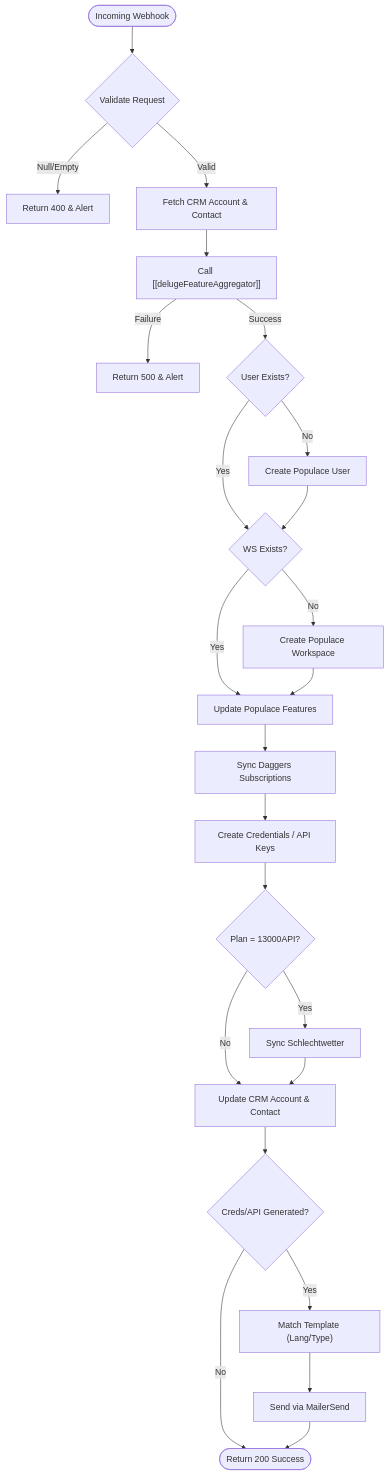
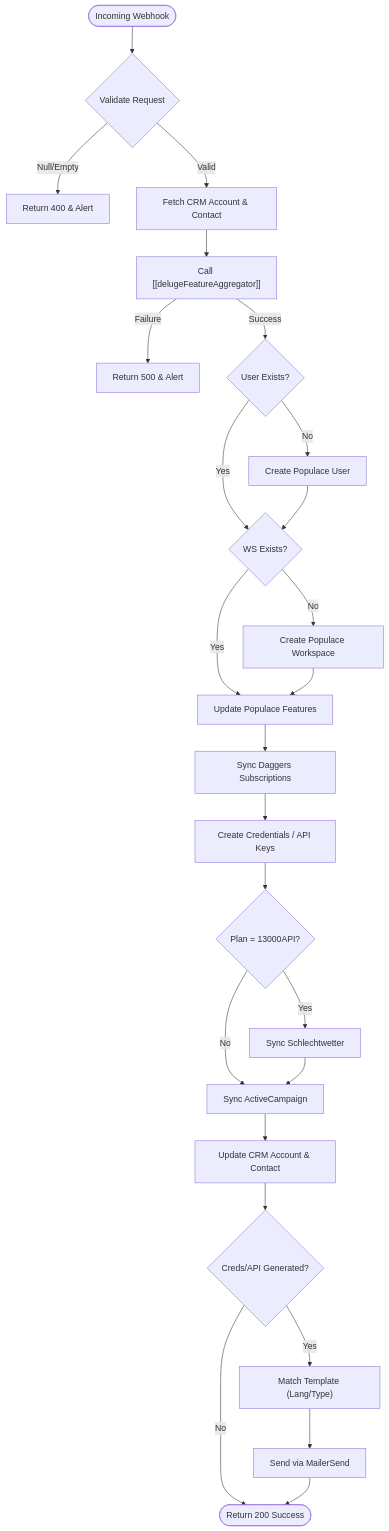
The diagram in Environment Lifecycle/Create/Workspace and Permissions Handler/delugeWorkspaceAndPermissionsHandler.md (martinkp93/zoho-scripts), drawn with Mermaid before and after one commit. The commit also changed other lines of this file, not shown here.

Commit message:
Update delugeWorkspaceAndPermissionsHandler.md docs via DeluluDocu

````diff
--- a/Environment Lifecycle/Create/Workspace and Permissions Handler/delugeWorkspaceAndPermissionsHandler.md
+++ b/Environment Lifecycle/Create/Workspace and Permissions Handler/delugeWorkspaceAndPermissionsHandler.md
@@ -38,32 +38,34 @@
 ```mermaid
 graph TD
     Start(["Incoming Webhook"]) --> Val{"Validate Request"}
     Val -- "Null/Empty" --> Err1["Return 400 & Alert"]
     Val -- "Valid" --> GetData["Fetch CRM Account & Contact"]
     
     GetData --> Agg["Call [[delugeFeatureAggregator]]"]
     Agg -- "Failure" --> Err2["Return 500 & Alert"]
     Agg -- "Success" --> PopUser{"User Exists?"}
     
     PopUser -- "No" --> CreateUser["Create Populace User"]
     PopUser -- "Yes" --> PopWS{"WS Exists?"}
     CreateUser --> PopWS
     
     PopWS -- "No" --> CreateWS["Create Populace Workspace"]
     PopWS -- "Yes" --> UpdFeat["Update Populace Features"]
     CreateWS --> UpdFeat
     
     UpdFeat --> Daggers["Sync Daggers Subscriptions"]
     Daggers --> Tickets["Create Credentials / API Keys"]
     
     Tickets --> Schlecht{"Plan = 13000API?"}
     Schlecht -- "Yes" --> SyncSch["Sync Schlechtwetter"]
-    Schlecht -- "No" --> CRMUpd["Update CRM Account & Contact"]
-    SyncSch --> CRMUpd
+    Schlecht -- "No" --> AC["Sync ActiveCampaign"]
+    SyncSch --> AC
+    
+    AC --> CRMUpd["Update CRM Account & Contact"]
     
     CRMUpd --> Email{"Creds/API Generated?"}
     Email -- "Yes" --> MapTemp["Match Template (Lang/Type)"]
     MapTemp --> SendMail["Send via MailerSend"]
     Email -- "No" --> End(["Return 200 Success"])
     SendMail --> End
 ```
````
